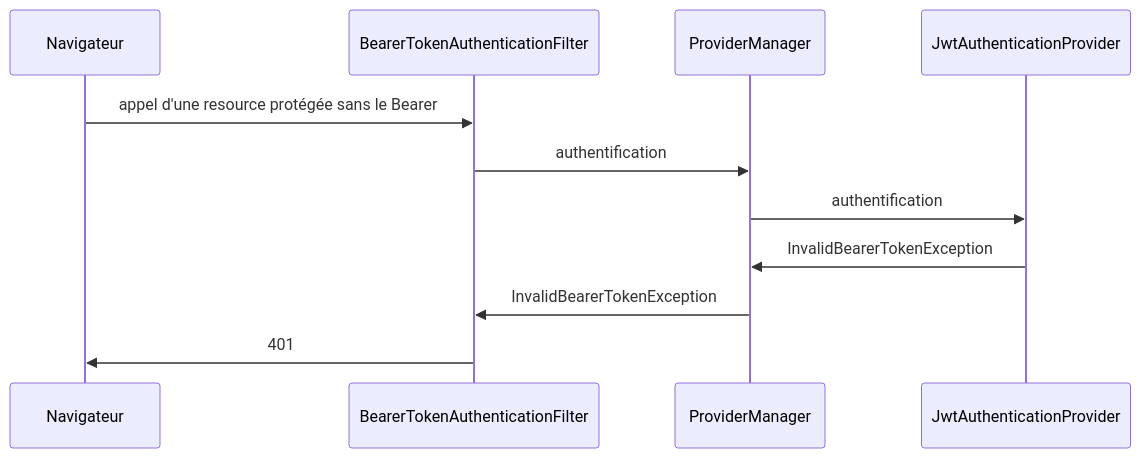
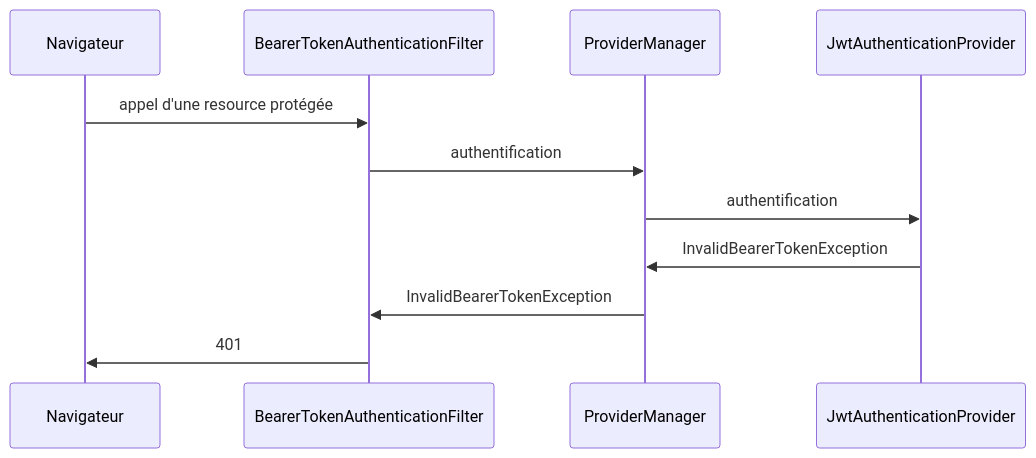
One commit to frigaux/api-cotations-boursieres changed the first of 4 diagrams in README.md. Above: the diagram before and after it, drawn with Mermaid. The commit also changed other lines of this file, not shown here.

Commit message:
Mise à jour du diagramme de séquence dans le README.md

````diff
--- a/README.md
+++ b/README.md
@@ -22,9 +22,9 @@
 ```mermaid
   sequenceDiagram
-    Navigateur->>BearerTokenAuthenticationFilter: appel d'une resource protégée sans le Bearer
+    Navigateur->>BearerTokenAuthenticationFilter: appel d'une resource protégée
     BearerTokenAuthenticationFilter->>ProviderManager: authentification
     ProviderManager->>JwtAuthenticationProvider: authentification
     JwtAuthenticationProvider->>ProviderManager: InvalidBearerTokenException
     ProviderManager->>BearerTokenAuthenticationFilter: InvalidBearerTokenException
     BearerTokenAuthenticationFilter->>Navigateur: 401
 ```
````
